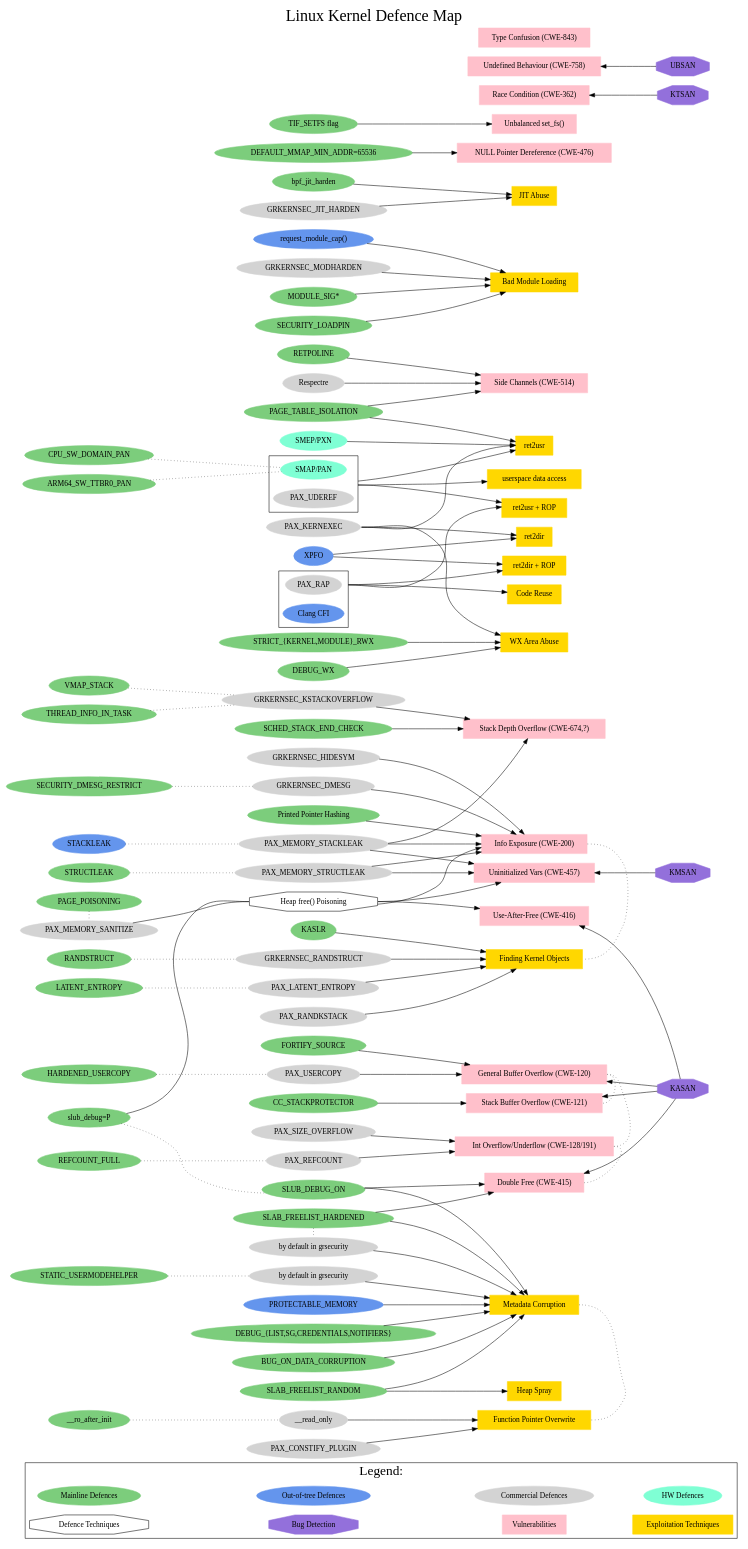
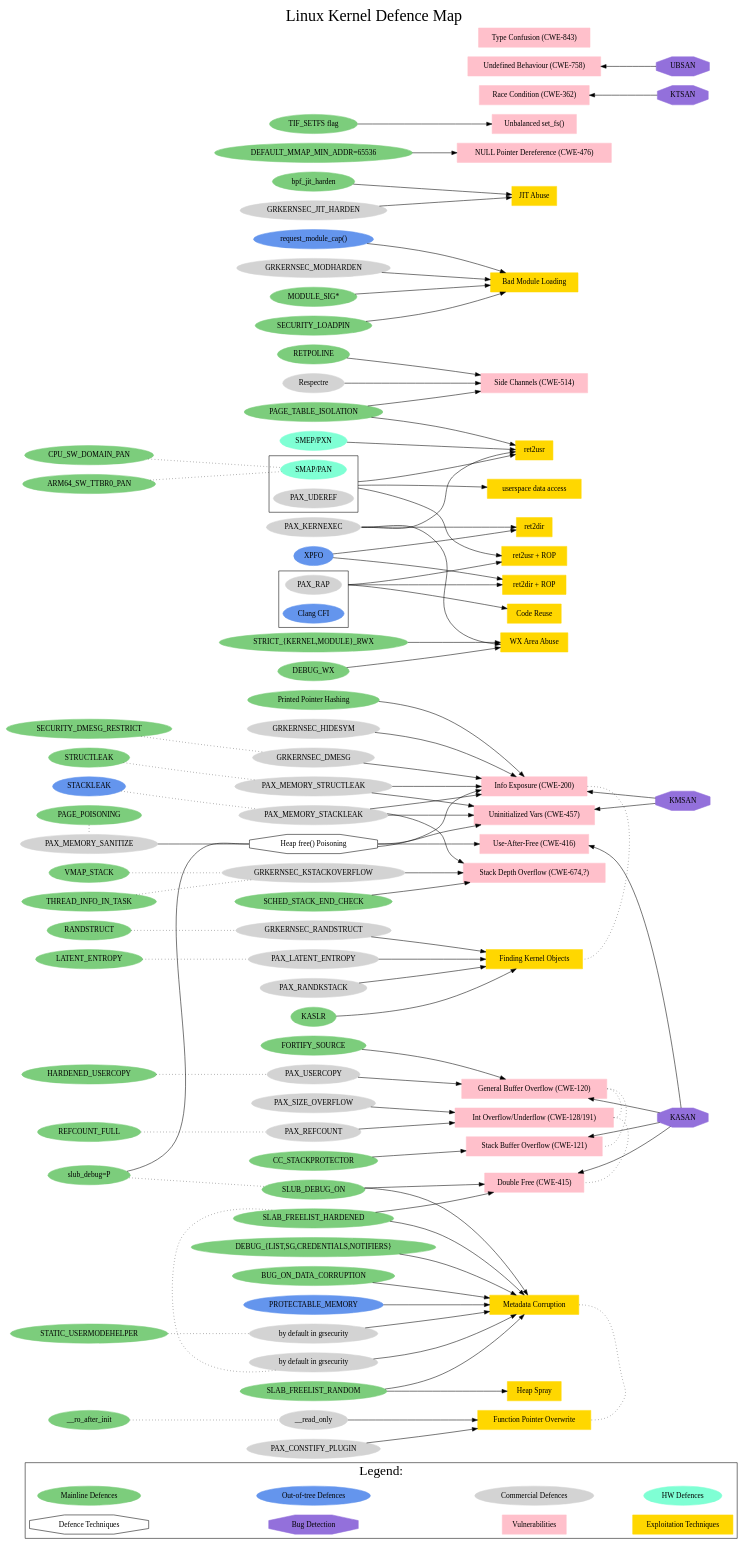
The diagram in linux-kernel-defence-map.dot (a13xp0p0v/linux-kernel-defence-map), drawn with Graphviz before and after one commit.

Commit message:
Add CWE-200 to list of bugs detectable by KMSAN
To some extent, KMSAN can detect info exposures (aka information leaks). E.g. it reports copying of uninitialized stack/heap data to the userspace. See https://github.com/google/kmsan/wiki/KMSAN-Trophies for examples.

```diff
--- a/linux-kernel-defence-map.dot
+++ b/linux-kernel-defence-map.dot
@@ -251,6 +251,7 @@
   "Double Free (CWE-415)" -> "KASAN";
   "Undefined Behaviour (CWE-758)" -> "UBSAN";
   "Uninitialized Vars (CWE-457)" -> "KMSAN";
+  "Info Exposure (CWE-200)" -> "KMSAN";
   "Race Condition (CWE-362)" -> "KTSAN";
 
 
```
